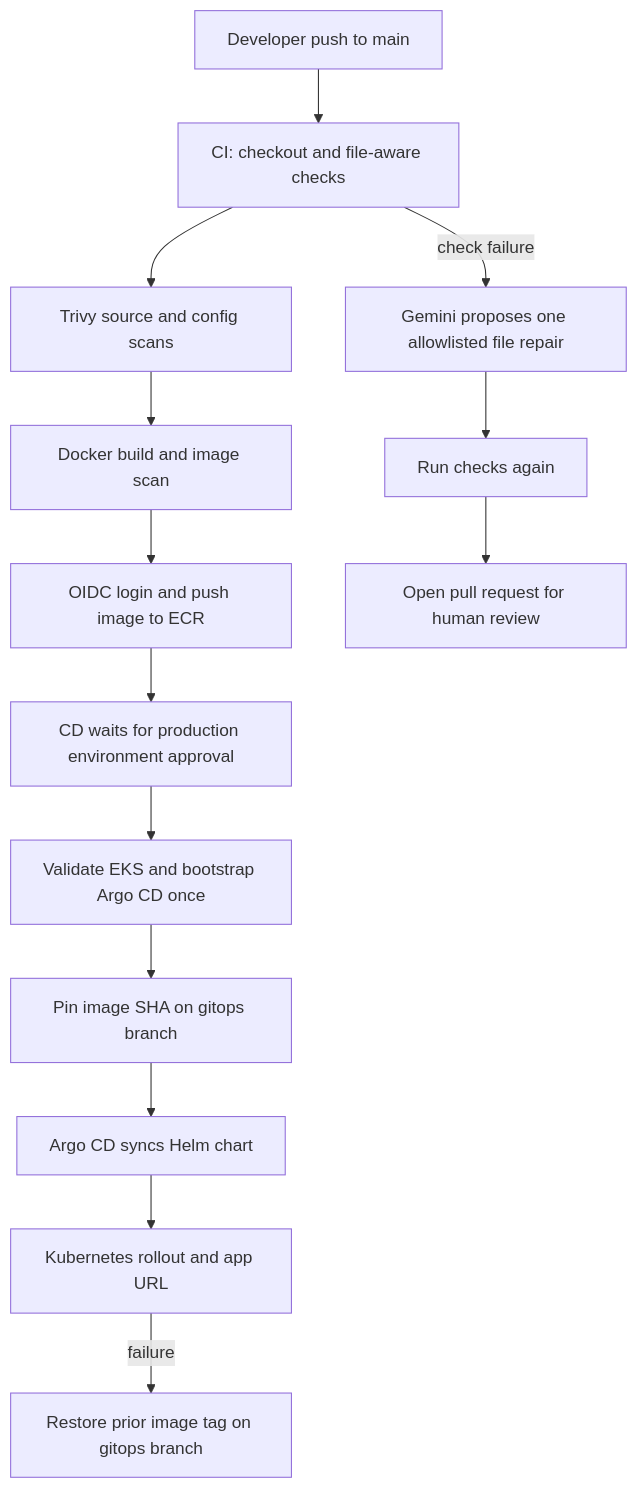
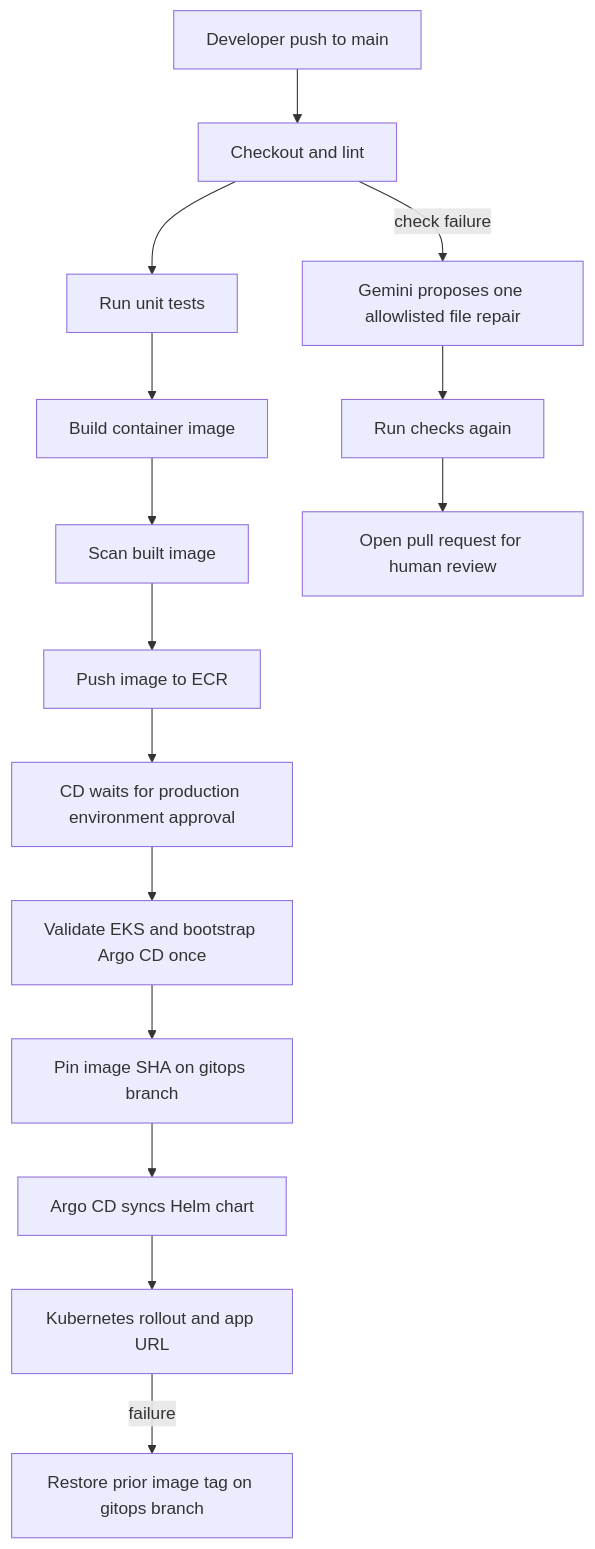
The diagram in README.md (suren00-77-99/Ai-kubernets), drawn with Mermaid before and after one commit. The commit also changed other lines of this file and 2 other files, not shown here.

Commit message:
chnaged the yaml file

````diff
--- a/README.md
+++ b/README.md
@@ -9,16 +9,17 @@
 ```mermaid
 flowchart TD
-  A[Developer push to main] --> B[CI: checkout and file-aware checks]
-  B --> C[Trivy source and config scans]
-  C --> D[Docker build and image scan]
-  D --> E[OIDC login and push image to ECR]
-  E --> F[CD waits for production environment approval]
-  F --> G[Validate EKS and bootstrap Argo CD once]
-  G --> H[Pin image SHA on gitops branch]
-  H --> I[Argo CD syncs Helm chart]
-  I --> J[Kubernetes rollout and app URL]
-  J -->|failure| K[Restore prior image tag on gitops branch]
-  B -->|check failure| L[Gemini proposes one allowlisted file repair]
-  L --> M[Run checks again]
-  M --> N[Open pull request for human review]
+  A[Developer push to main] --> B[Checkout and lint]
+  B --> C[Run unit tests]
+  C --> D[Build container image]
+  D --> E[Scan built image]
+  E --> F[Push image to ECR]
+  F --> G[CD waits for production environment approval]
+  G --> H[Validate EKS and bootstrap Argo CD once]
+  H --> I[Pin image SHA on gitops branch]
+  I --> J[Argo CD syncs Helm chart]
+  J --> K[Kubernetes rollout and app URL]
+  K -->|failure| L[Restore prior image tag on gitops branch]
+  B -->|check failure| M[Gemini proposes one allowlisted file repair]
+  M --> N[Run checks again]
+  N --> O[Open pull request for human review]
 ```
````
